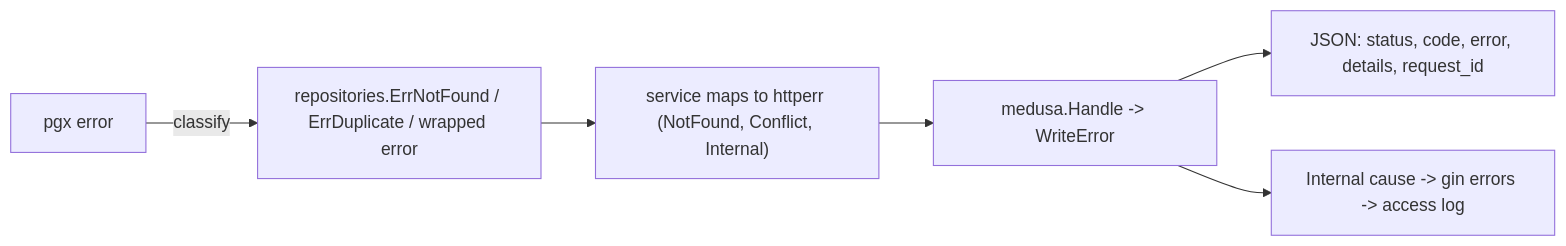
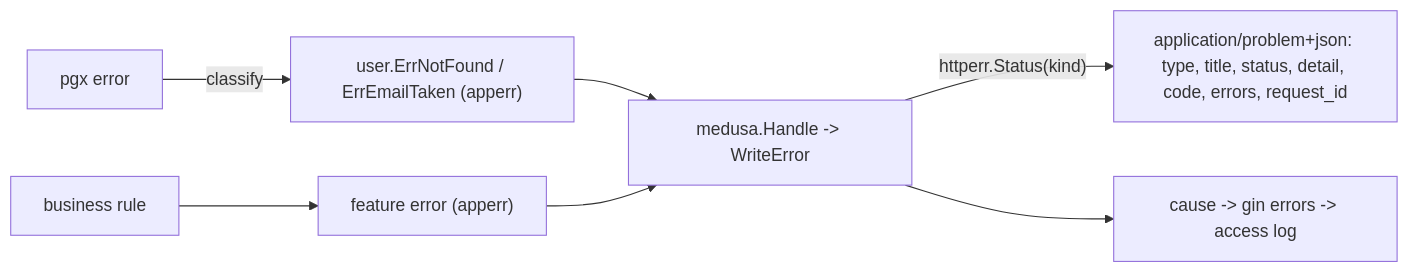
Before and after one commit to imlargo/medusa: the third of 4 diagrams in docs/architecture.md, drawn with Mermaid. The commit also changed other lines of this file and 4 other files, not shown here.

Commit message:
docs: add the error and business rule standard (ADR 0003)

````diff
--- a/docs/architecture.md
+++ b/docs/architecture.md
@@ -104,8 +110,9 @@
 ```mermaid
 flowchart LR
-    pg["pgx error"] -->|classify| sentinel["repositories.ErrNotFound / ErrDuplicate / wrapped error"]
-    sentinel --> svc["service maps to httperr (NotFound, Conflict, Internal)"]
-    svc --> adapter["medusa.Handle -> WriteError"]
-    adapter --> body["JSON: status, code, error, details, request_id"]
-    adapter --> log["Internal cause -> gin errors -> access log"]
+    pg["pgx error"] -->|classify| domain["user.ErrNotFound / ErrEmailTaken (apperr)"]
+    rule["business rule"] --> declared["feature error (apperr)"]
+    domain --> adapter["medusa.Handle -> WriteError"]
+    declared --> adapter
+    adapter -->|"httperr.Status(kind)"| body["application/problem+json: type, title, status, detail, code, errors, request_id"]
+    adapter --> log["cause -> gin errors -> access log"]
 ```
````
